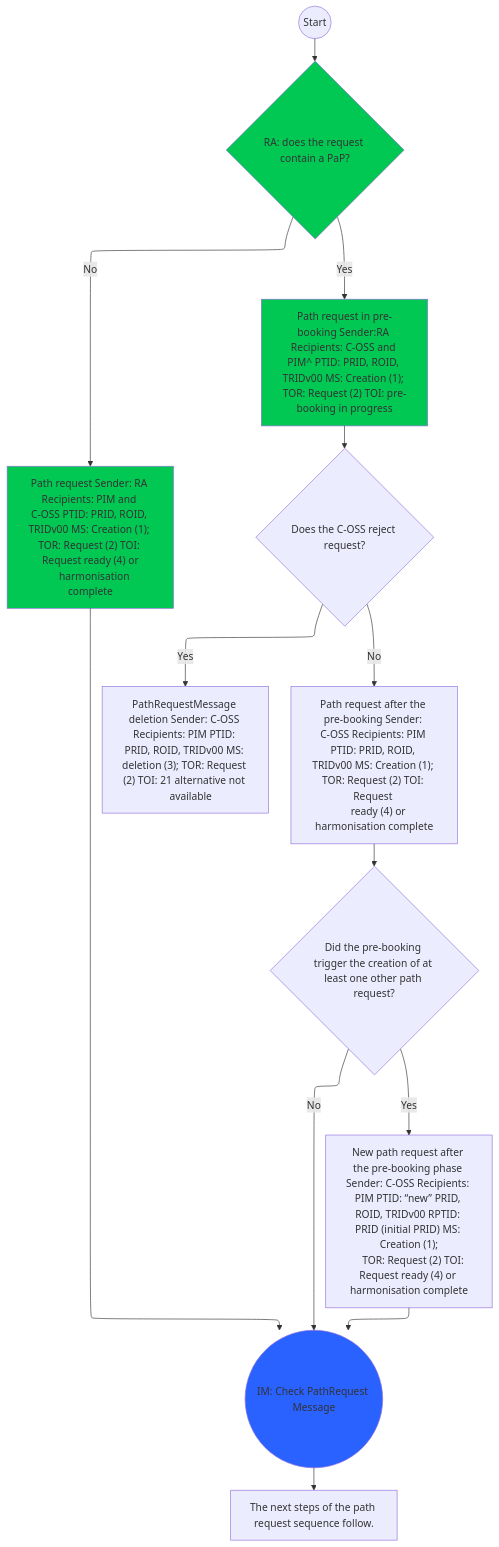
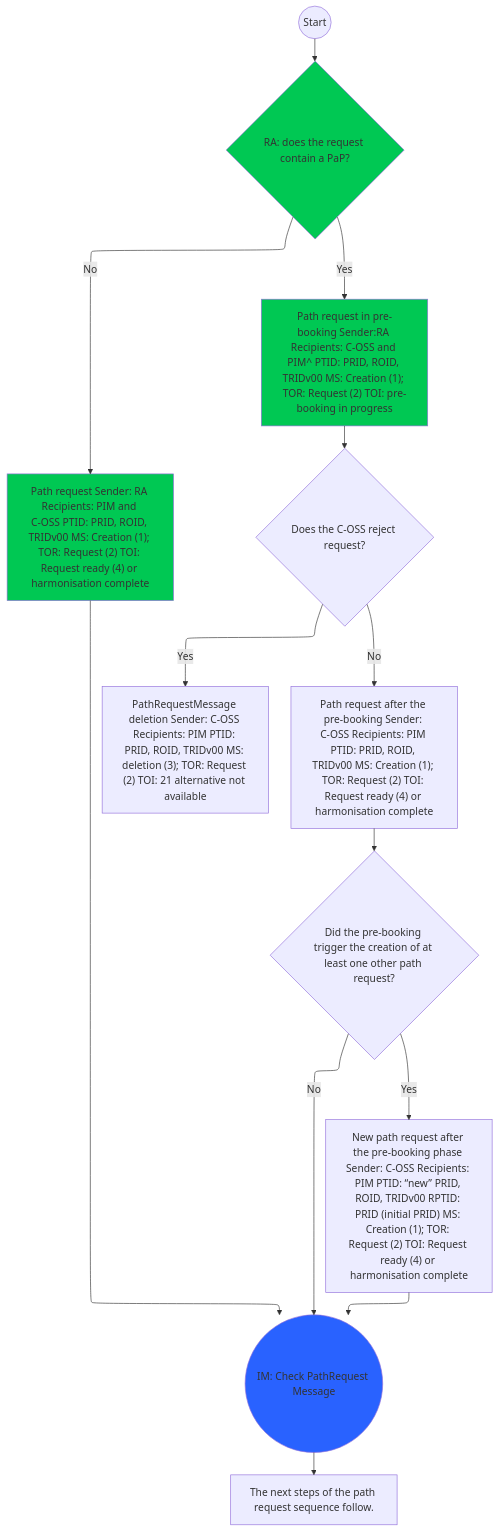
One commit to floriandettmeier/mermaid-workspace changed the diagram in mermaid.mmd. Above: the diagram before and after it, drawn with Mermaid.

```diff
--- a/mermaid.mmd
+++ b/mermaid.mmd
@@ -1,62 +1,58 @@
 %%{init: {"flowchart": {"defaultRenderer": "elk"}} }%%
 flowchart TD
 
 
 start((Start))
    
     checkPaP{RA: does the request contain a PaP?}
     
     pathRequestPreBooking["Path request in pre-booking Sender:RA Recipients: C-OSS and PIM^ PTID: PRID, ROID, TRIDv00 MS: Creation (1); TOR: Request (2) TOI: pre-booking in progress"]
     
-    pathRequestNo["Path request Sender: RA Recipients: PIM and C‑OSS PTID: PRID, ROID, TRIDv00 MS: Creation (1); TOR: Request (2) TOI: Request ready (4) or
-    harmonisation complete"]
+    pathRequestNo["Path request Sender: RA Recipients: PIM and C‑OSS PTID: PRID, ROID, TRIDv00 MS: Creation (1); TOR: Request (2) TOI: Request ready (4) or harmonisation complete"]
     
     cossReject{Does the C‑OSS reject request?}
     
-    cossDeletion["PathRequestMessage deletion Sender: C‑OSS Recipients: PIM PTID: PRID, ROID, TRIDv00 MS: deletion (3); TOR: Request (2) TOI: 21 alternative not 
-    available"]
+    cossDeletion["PathRequestMessage deletion Sender: C‑OSS Recipients: PIM PTID: PRID, ROID, TRIDv00 MS: deletion (3); TOR: Request (2) TOI: 21 alternative not available"]
      
-     pathAfterPreBooking["Path request after the pre‑booking Sender: C‑OSS Recipients: PIM PTID: PRID, ROID, TRIDv00 MS: Creation (1); TOR: Request (2) TOI: Request 
-    ready (4) or harmonisation complete"]
+     pathAfterPreBooking["Path request after the pre‑booking Sender: C‑OSS Recipients: PIM PTID: PRID, ROID, TRIDv00 MS: Creation (1); TOR: Request (2) TOI: Request ready (4) or harmonisation complete"]
     
     prebookingTrigger{Did the pre‑booking trigger the creation of at least one other path request?}
     
-    newPath["New path request after the pre‑booking phase Sender: C‑OSS Recipients: PIM PTID: “new” PRID, ROID, TRIDv00 RPTID: PRID (initial PRID) MS: Creation (1);
-    TOR: Request (2) TOI: Request ready (4) or harmonisation complete"]
+    newPath["New path request after the pre‑booking phase Sender: C‑OSS Recipients: PIM PTID: “new” PRID, ROID, TRIDv00 RPTID: PRID (initial PRID) MS: Creation (1); TOR: Request (2) TOI: Request ready (4) or harmonisation complete"]
     
     imCheck((IM: Check PathRequest Message))
     
     nextSteps["The next steps of the path request sequence follow."]
     
   
     
     start --> checkPaP
     checkPaP -- Yes --> pathRequestPreBooking
     checkPaP -- No --> pathRequestNo
     pathRequestNo --> imCheck
     pathRequestPreBooking --> cossReject
     cossReject -- Yes --> cossDeletion 
     cossReject -- No --> pathAfterPreBooking --> prebookingTrigger
     prebookingTrigger -- Yes --> newPath --> imCheck
     prebookingTrigger -- No --> imCheck
     imCheck --> nextSteps
     
     classDef Blue fill:#2962FF;
     classDef Green fill:#00C853;
     
     class imCheck Blue;
     class checkPaP,pathRequestPreBooking,pathRequestNo Green;
 
   
  
     click start href "https://github.com/floriandettmeier/mermaid-workspace/blob/main/mermaid.mmd?short_path=318b3c2#L5" "Start node code" _blank
     click checkPaP href "https://github.com/floriandettmeier/mermaid-workspace/blob/main/mermaid.mmd?short_path=318b3c2#L7" "checkPaP code" _blank
     click pathRequestPreBooking href "https://github.com/floriandettmeier/mermaid-workspace/blob/main/mermaid.mmd?short_path=318b3c2#L9" "pathRequestPreBooking code" _blank
     click pathRequestNo href "https://github.com/floriandettmeier/mermaid-workspace/blob/main/mermaid.mmd?short_path=318b3c2#L11" "pathRequestNo code" _blank
     click cossReject href "https://github.com/floriandettmeier/mermaid-workspace/blob/main/mermaid.mmd?short_path=318b3c2#L14" "cossReject code" _blank
     click cossDeletion href "https://github.com/floriandettmeier/mermaid-workspace/blob/main/mermaid.mmd?short_path=318b3c2#L16" "cossDeletion code" _blank
     click pathAfterPreBooking href "https://github.com/floriandettmeier/mermaid-workspace/blob/main/mermaid.mmd?short_path=318b3c2#L19" "pathAfterPreBooking code" _blank
     click prebookingTrigger href "https://github.com/floriandettmeier/mermaid-workspace/blob/main/mermaid.mmd?short_path=318b3c2#L22" "prebookingTrigger code" _blank
     click newPath href "https://github.com/floriandettmeier/mermaid-workspace/blob/main/mermaid.mmd?short_path=318b3c2#L24" "newPath code" _blank
     click imCheck href "https://github.com/floriandettmeier/mermaid-workspace/blob/main/mermaid.mmd?short_path=318b3c2#L27" "imCheck code" _blank
     click nextSteps href "https://github.com/floriandettmeier/mermaid-workspace/blob/main/mermaid.mmd?short_path=318b3c2#L29" "nextSteps code" _blank
```
